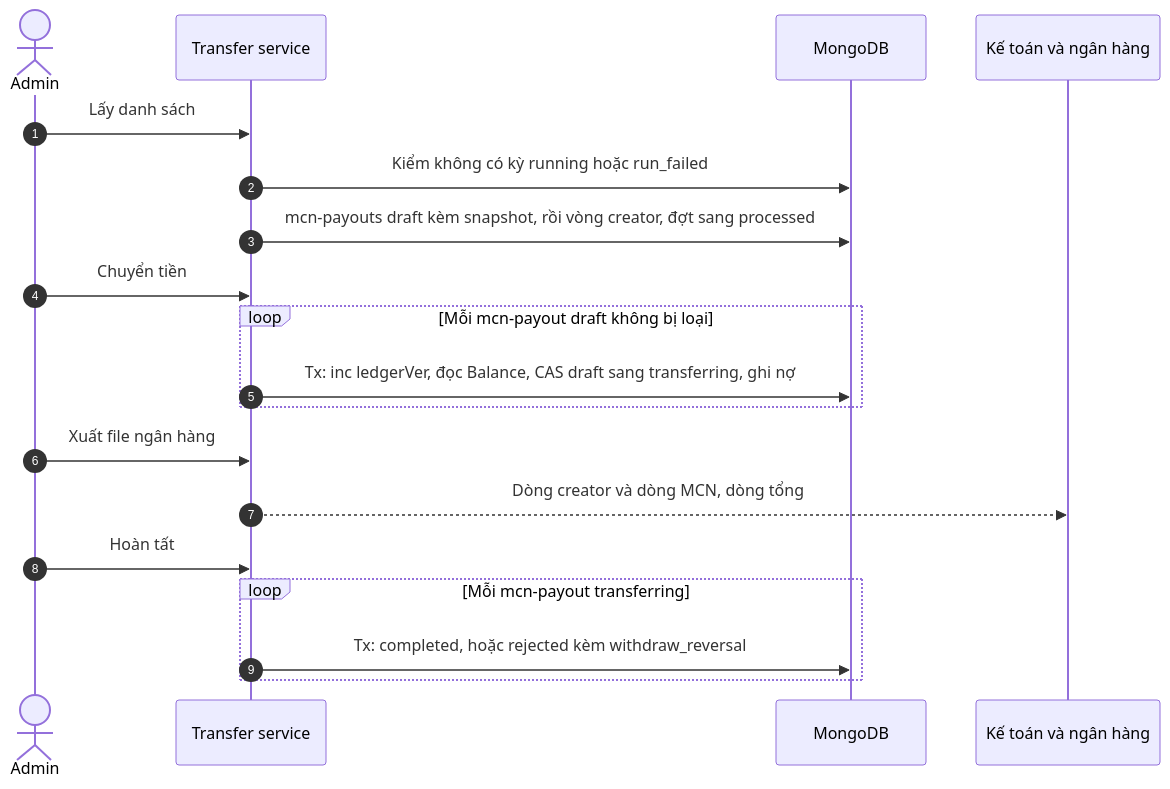
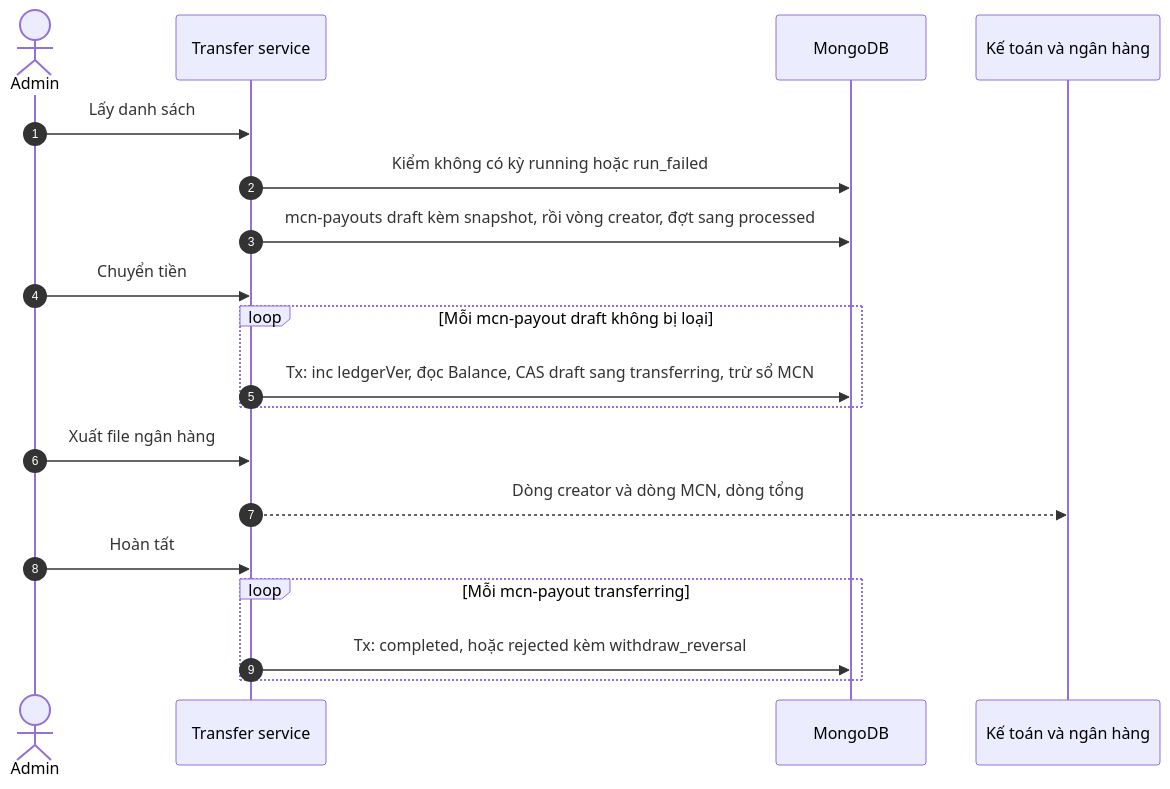
Before and after one commit to viewboost/accesstrade-docs: the tenth of 10 diagrams in mcn/techspec-mcn-phase1-2026-11-04.md, drawn with Mermaid. The commit also changed other lines of this file, not shown here.

Commit message:
docs(mcn): tech spec v2.1 - ra soat cau chu cho de doc, sua mau thuan vi du, moc ap dung, co LedgerV2, so du am theo chien dich, cau hoi mo

````diff
--- a/mcn/techspec-mcn-phase1-2026-11-04.md
+++ b/mcn/techspec-mcn-phase1-2026-11-04.md
@@ -1041,21 +1080,21 @@
 ```mermaid
 sequenceDiagram
   autonumber
   actor A as Admin
   participant TS as Transfer service
   participant DB as MongoDB
   participant K as Kế toán và ngân hàng
   A->>TS: Lấy danh sách
   TS->>DB: Kiểm không có kỳ running hoặc run_failed
   TS->>DB: mcn-payouts draft kèm snapshot, rồi vòng creator, đợt sang processed
   A->>TS: Chuyển tiền
   loop Mỗi mcn-payout draft không bị loại
-    TS->>DB: Tx: inc ledgerVer, đọc Balance, CAS draft sang transferring, ghi nợ
+    TS->>DB: Tx: inc ledgerVer, đọc Balance, CAS draft sang transferring, trừ sổ MCN
   end
   A->>TS: Xuất file ngân hàng
   TS-->>K: Dòng creator và dòng MCN, dòng tổng
   A->>TS: Hoàn tất
   loop Mỗi mcn-payout transferring
     TS->>DB: Tx: completed, hoặc rejected kèm withdraw_reversal
   end
 ```
````
